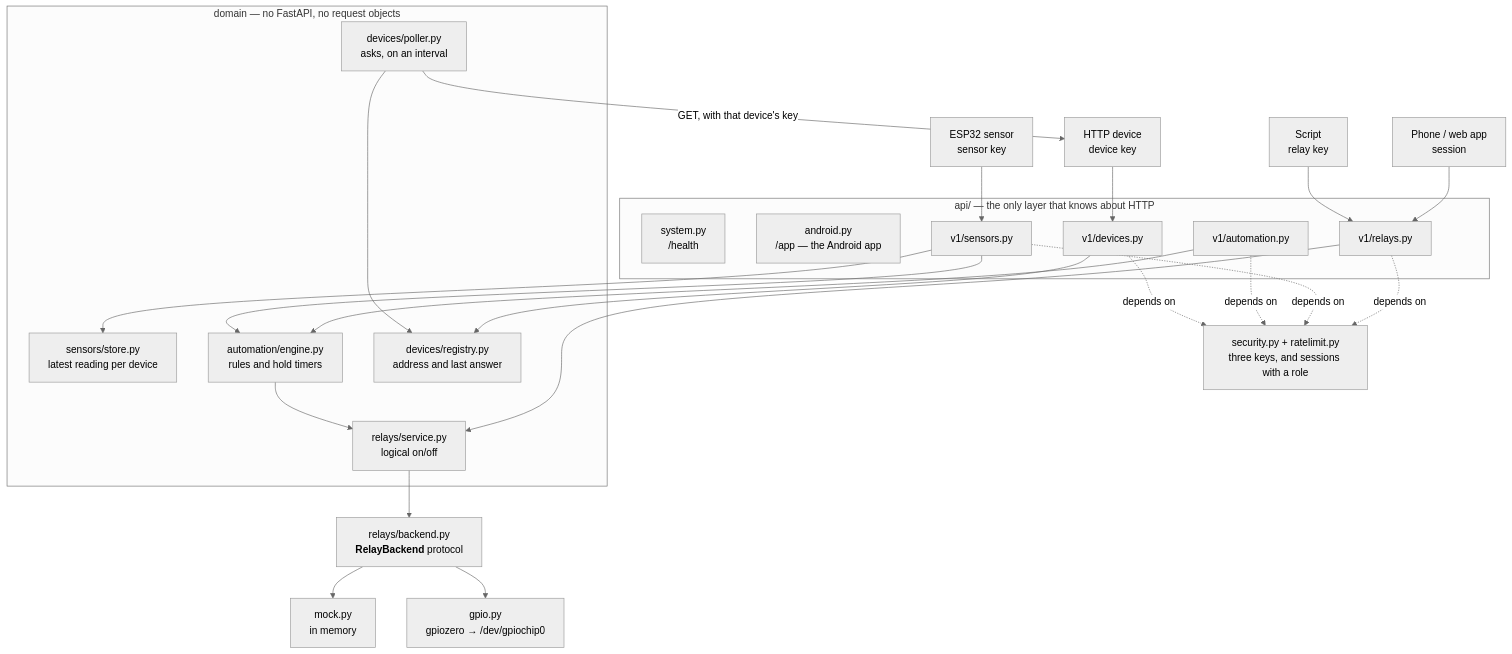
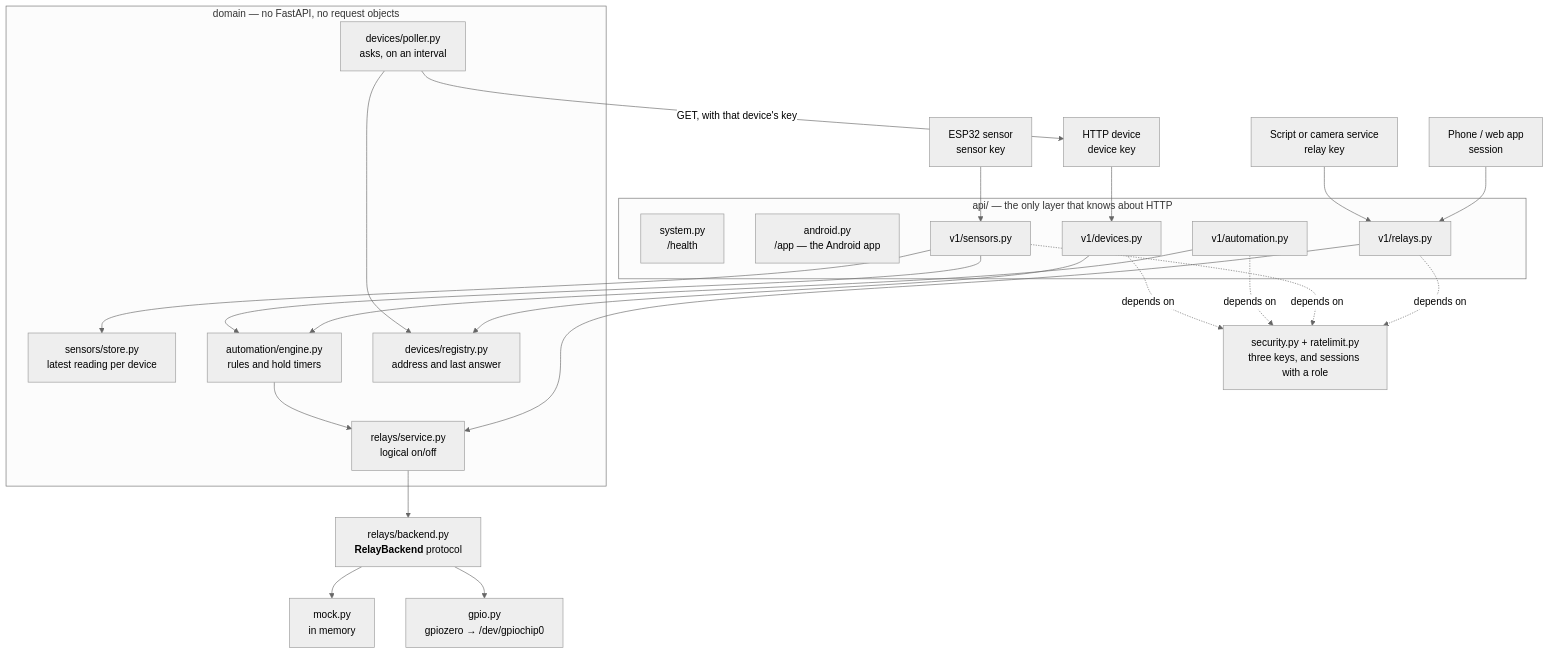
Before and after one commit to DGPRoman/pihome-hub: the diagram in docs/architecture.md, drawn with Mermaid (neutral theme). The commit also changed other lines of this file and 3 other files, not shown here.

First line of the commit message:
docs: describe a camera service as a relay-key client, and every key

````diff
--- a/docs/architecture.md
+++ b/docs/architecture.md
@@ -9,50 +9,50 @@
 ```mermaid
 flowchart TB
     phone["Phone / web app<br/>session"]
-    script["Script<br/>relay key"]
+    script["Script or camera service<br/>relay key"]
     firmware["ESP32 sensor<br/>sensor key"]
     device["HTTP device<br/>device key"]
 
     subgraph http["api/ — the only layer that knows about HTTP"]
         system["system.py<br/>/health"]
         android["android.py<br/>/app — the Android app"]
         relayroutes["v1/relays.py"]
         sensorroutes["v1/sensors.py"]
         ruleroutes["v1/automation.py"]
         deviceroutes["v1/devices.py"]
     end
 
     guard["security.py + ratelimit.py<br/>three keys, and sessions with a role"]
 
     subgraph core["domain — no FastAPI, no request objects"]
         relayservice["relays/service.py<br/>logical on/off"]
         store["sensors/store.py<br/>latest reading per device"]
         engine["automation/engine.py<br/>rules and hold timers"]
         registry["devices/registry.py<br/>address and last answer"]
         poller["devices/poller.py<br/>asks, on an interval"]
     end
 
     seam["relays/backend.py<br/><b>RelayBackend</b> protocol"]
     mock["mock.py<br/>in memory"]
     real["gpio.py<br/>gpiozero → /dev/gpiochip0"]
 
     phone --> relayroutes
     script --> relayroutes
     firmware --> sensorroutes
     device --> deviceroutes
     relayroutes -.->|depends on| guard
     sensorroutes -.->|depends on| guard
     ruleroutes -.->|depends on| guard
     deviceroutes -.->|depends on| guard
     relayroutes --> relayservice
     ruleroutes --> engine
     sensorroutes --> store
     sensorroutes --> engine
     deviceroutes --> registry
     poller --> registry
     poller -->|GET, with that device's key| device
     engine --> relayservice
     relayservice --> seam
     seam --> mock
     seam --> real
 ```
````
